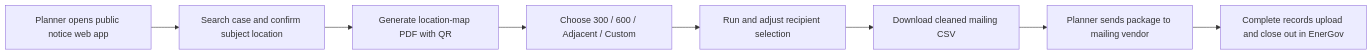
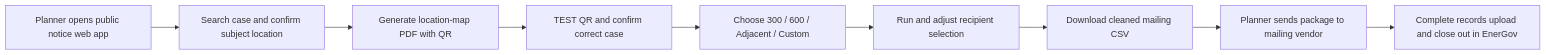
The third of 3 diagrams in docs/process-maps.md (mrChrist0pher/public-notice-tool), drawn with Mermaid before and after one commit. The commit also changed other lines of this file and 6 other files, not shown here.

````diff
--- a/docs/process-maps.md
+++ b/docs/process-maps.md
@@ -44,10 +44,11 @@
 ```mermaid
 flowchart LR
   W[Planner opens public notice web app] --> Q[Search case and confirm subject location]
   Q --> VM[Generate location-map PDF with QR]
-  VM --> B[Choose 300 / 600 / Adjacent / Custom]
+  VM --> QR[TEST QR and confirm correct case]
+  QR --> B[Choose 300 / 600 / Adjacent / Custom]
   B --> S[Run and adjust recipient selection]
   S --> ML[Download cleaned mailing CSV]
   ML --> V[Planner sends package to mailing vendor]
   V --> E[Complete records upload and close out in EnerGov]
 ```
````
